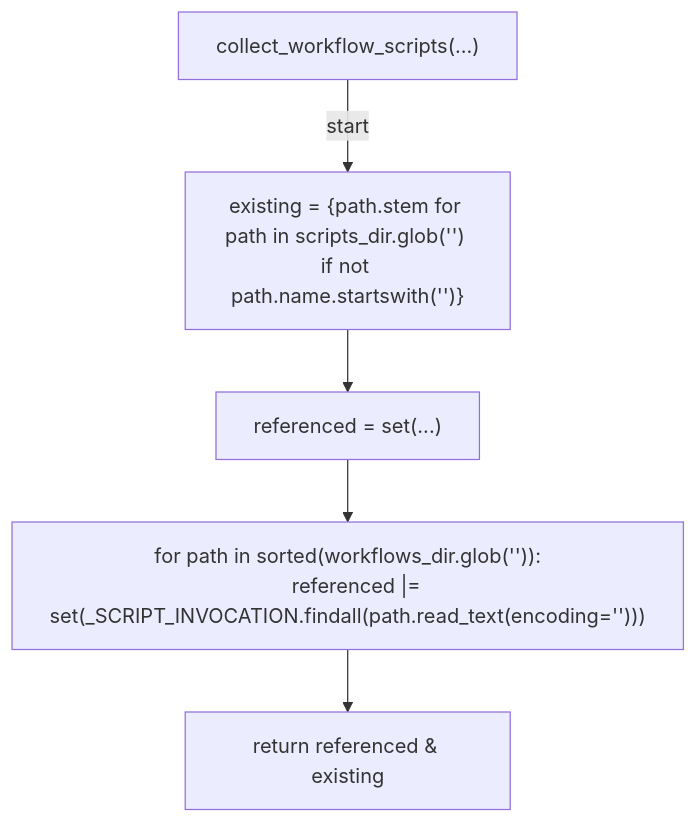
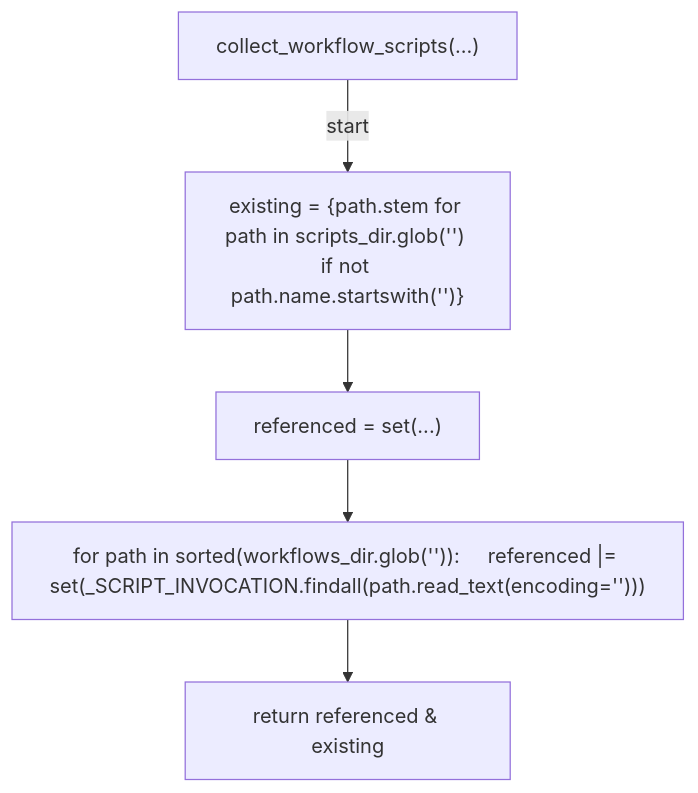
The tenth of 12 diagrams in docs/generated/scripts/ast/scan_test_presence_drift.md (tvna/claude-md), drawn with Mermaid before and after one commit. The commit also changed other lines of this file and 23 other files, not shown here.

First line of the commit message:
docs(generated): regenerate decision tree and workflow diagrams (batch 4/5)

````diff
--- a/docs/generated/scripts/ast/scan_test_presence_drift.md
+++ b/docs/generated/scripts/ast/scan_test_presence_drift.md
@@ -162,13 +135,12 @@
 ```mermaid
 flowchart TD
     N001["collect_workflow_scripts(...)"]
     N002["existing = {path.stem for path in scripts_dir.glob('<str>') if not path.name.startswith('<str>')}"]
     N003["referenced = set(...)"]
-    N004["for path in sorted(workflows_dir.glob('<str>')):
-    referenced |= set(_SCRIPT_INVOCATION.findall(path.read_text(encoding='<str>')))"]
+    N004["for path in sorted(workflows_dir.glob('<str>')):     referenced |= set(_SCRIPT_INVOCATION.findall(path.read_text(encoding='<str>')))"]
     N005["return referenced & existing"]
     N001 -->|"start"| N002
     N002 --> N003
     N003 --> N004
     N004 --> N005
 ```
````
